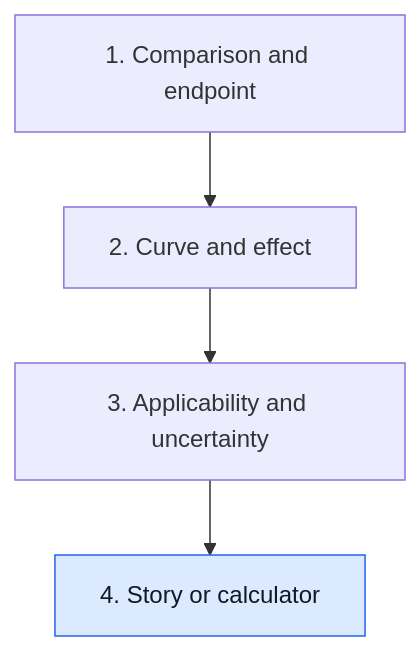
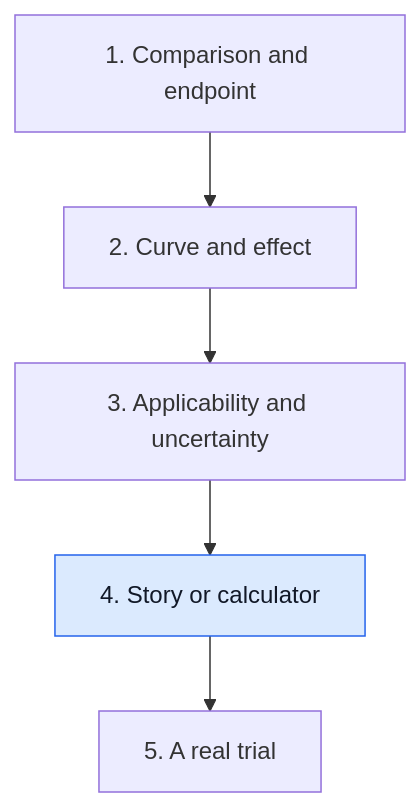
Before and after one commit to jasonLaster/oncoguide: the diagram in wiki/education/guides/reading-cancer-evidence/04-read-a-single-success-story.md, drawn with Mermaid. The commit also changed other lines of this file and 527 other files, not shown here.

````diff
--- a/wiki/education/guides/reading-cancer-evidence/04-read-a-single-success-story.md
+++ b/wiki/education/guides/reading-cancer-evidence/04-read-a-single-success-story.md
@@ -33,8 +33,9 @@
 ```mermaid
 flowchart TD
   A[1. Comparison and endpoint] --> B[2. Curve and effect]
   B --> C[3. Applicability and uncertainty]
   C --> D[4. Story or calculator]
+  D --> E[5. A real trial]
   classDef current fill:#dbeafe,stroke:#2563eb,color:#111827
   class D current
 ```
````
